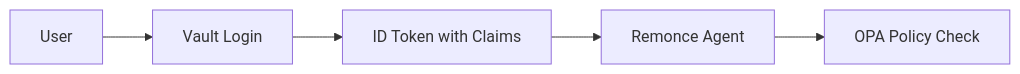
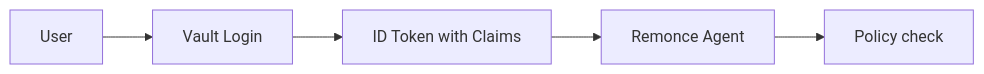
One commit to Redundancy/remonce changed the diagram in docs/idp/VAULT.md. Above: the diagram before and after it, drawn with Mermaid. The commit also changed other lines of this file and 14 other files, not shown here.

````diff
--- a/docs/idp/VAULT.md
+++ b/docs/idp/VAULT.md
@@ -12,7 +12,7 @@
 ```mermaid
 graph LR
     A[User] --> B[Vault Login]
     B --> C[ID Token with Claims]
     C --> D[Remonce Agent]
-    D --> E[OPA Policy Check]
+    D --> E[Policy check]
 ```
````
